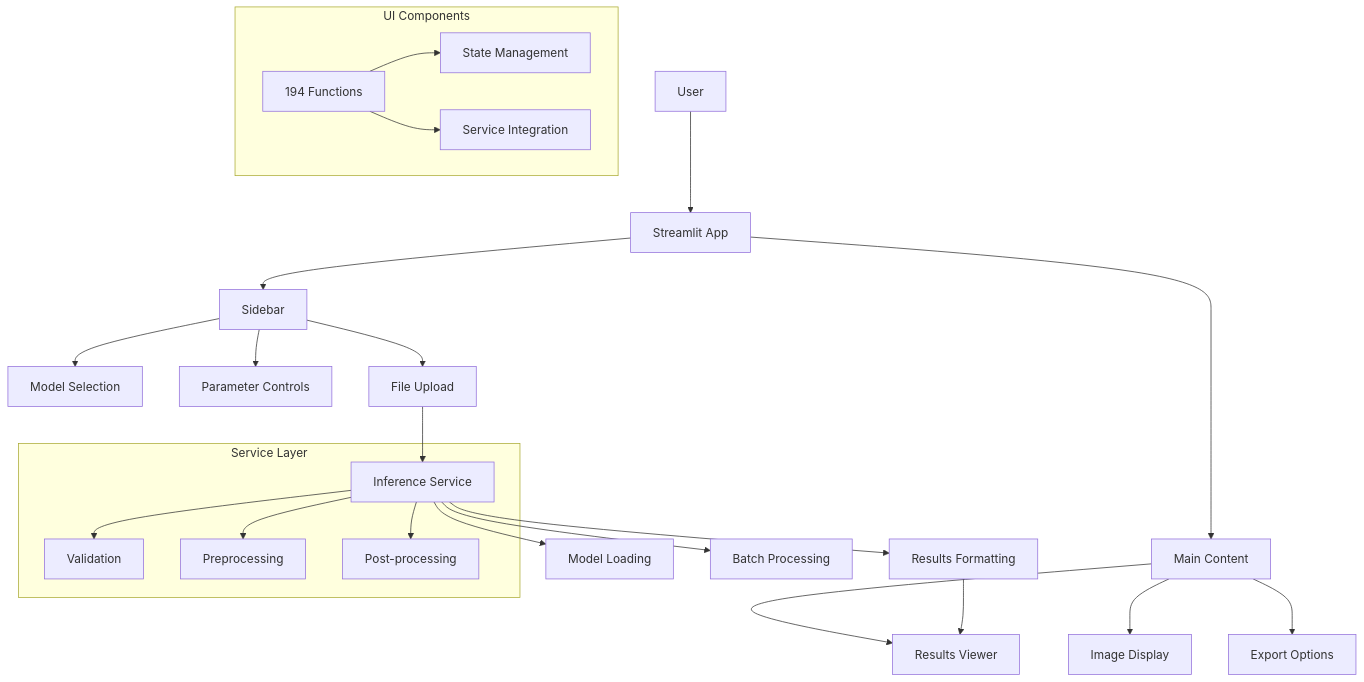
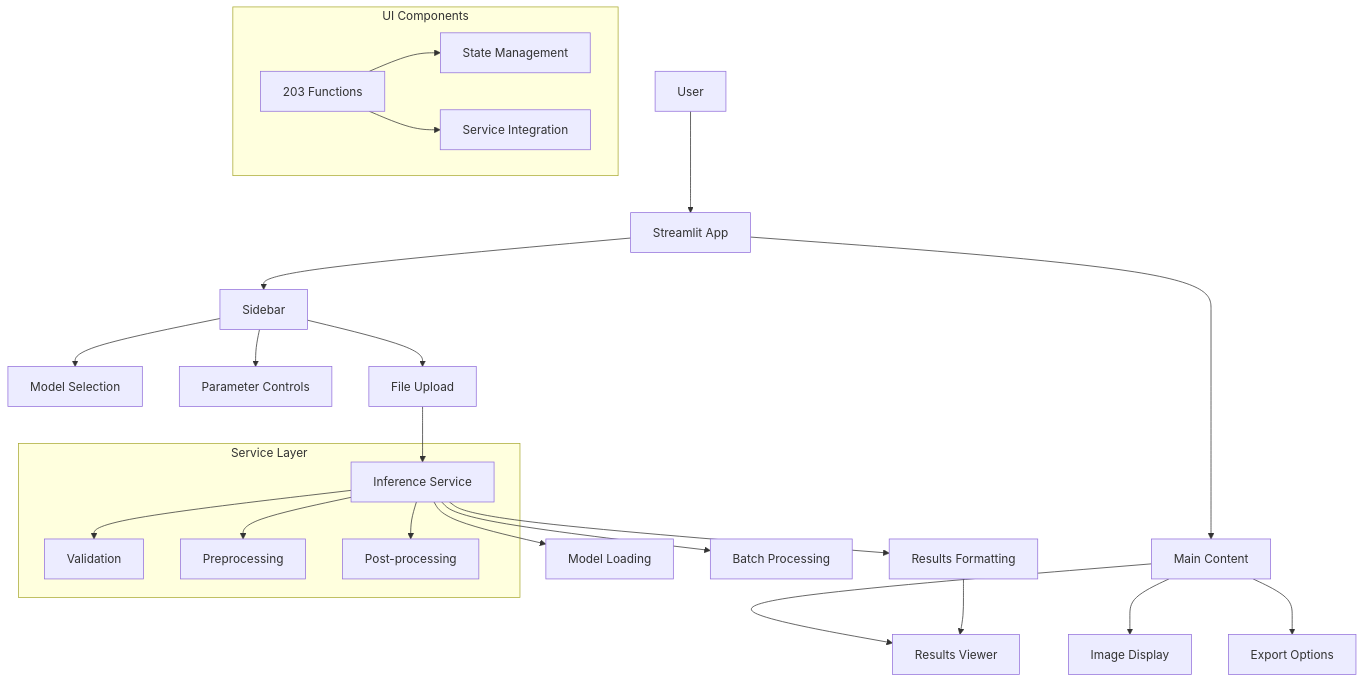
One commit to Wchoi189/upstageailab-ocr-recsys-competition-ocr-2 changed the first of 3 diagrams in docs/ai_handbook/03_references/architecture/diagrams/04_ui_flow.md. Above: the diagram before and after it, drawn with Mermaid. The commit also changed other lines of this file and 152 other files, not shown here.

````diff
--- a/docs/ai_handbook/03_references/architecture/diagrams/04_ui_flow.md
+++ b/docs/ai_handbook/03_references/architecture/diagrams/04_ui_flow.md
@@ -11,33 +11,33 @@
 ```mermaid
 graph TD
     A[User] --> B[Streamlit App]
     B --> C[Sidebar]
     B --> D[Main Content]
 
     C --> E[Model Selection]
     C --> F[Parameter Controls]
     C --> G[File Upload]
 
     D --> H[Image Display]
     D --> I[Results Viewer]
     D --> J[Export Options]
 
     G --> K[Inference Service]
     K --> L[Model Loading]
     K --> M[Batch Processing]
     K --> N[Results Formatting]
 
     N --> I
 
     subgraph "UI Components"
-        O[194 Functions]
+        O[203 Functions]
         O --> P[State Management]
         O --> Q[Service Integration]
     end
 
     subgraph "Service Layer"
         K --> R[Validation]
         K --> S[Preprocessing]
         K --> T[Post-processing]
     end
 ```
````
